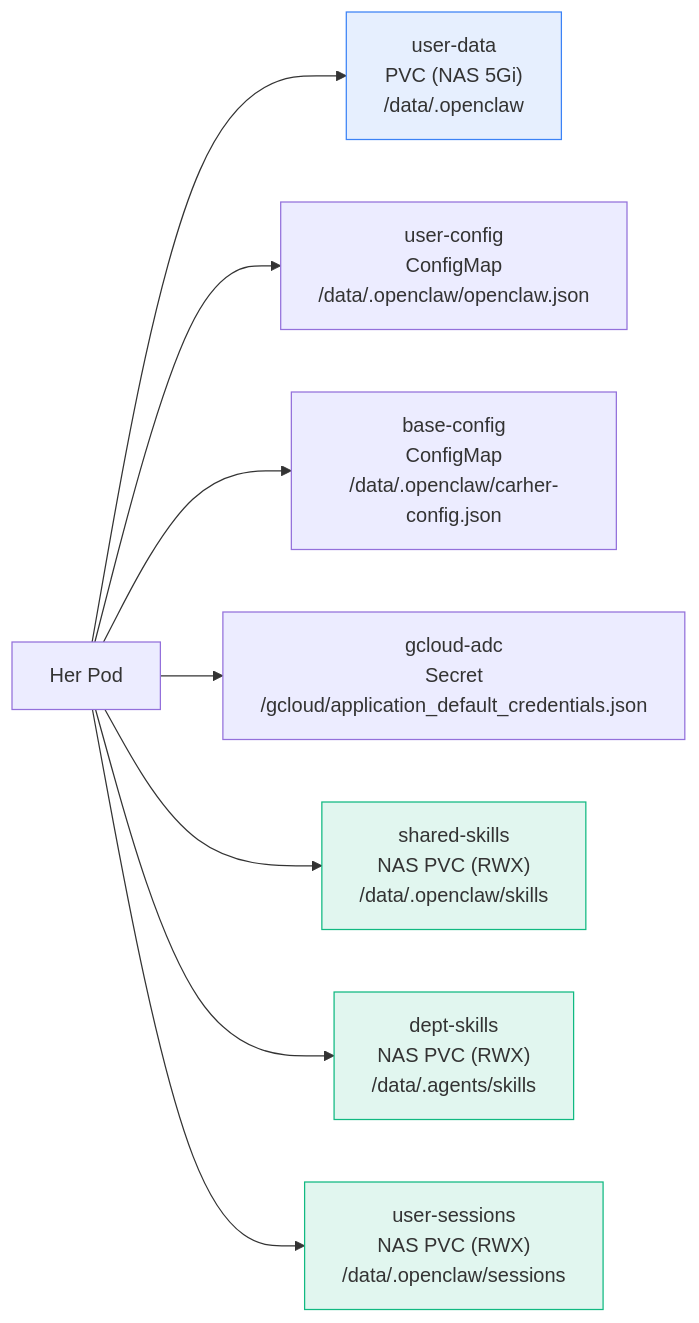
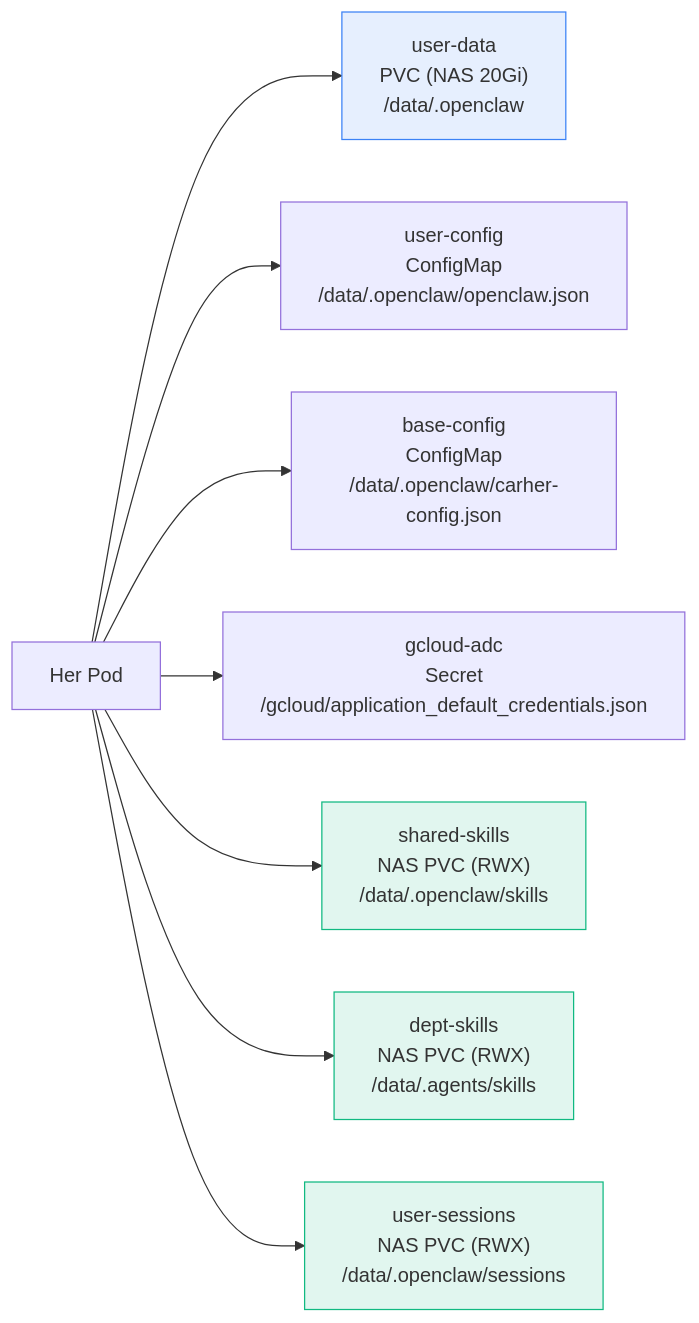
The fourth of 8 diagrams in operator-go/README.md (guangzhou/carher-admin), drawn with Mermaid before and after one commit. The commit also changed 4 other files, not shown here.

````diff
--- a/operator-go/README.md
+++ b/operator-go/README.md
@@ -132,17 +132,17 @@
 ```mermaid
 graph LR
     Pod["Her Pod"]
 
-    Pod --> V1["user-data<br/>PVC (NAS 5Gi)<br/>/data/.openclaw"]
+    Pod --> V1["user-data<br/>PVC (NAS 20Gi)<br/>/data/.openclaw"]
     Pod --> V2["user-config<br/>ConfigMap<br/>/data/.openclaw/openclaw.json"]
     Pod --> V3["base-config<br/>ConfigMap<br/>/data/.openclaw/carher-config.json"]
     Pod --> V4["gcloud-adc<br/>Secret<br/>/gcloud/application_default_credentials.json"]
     Pod --> V5["shared-skills<br/>NAS PVC (RWX)<br/>/data/.openclaw/skills"]
     Pod --> V6["dept-skills<br/>NAS PVC (RWX)<br/>/data/.agents/skills"]
     Pod --> V7["user-sessions<br/>NAS PVC (RWX)<br/>/data/.openclaw/sessions"]
 
     style V1 fill:#3b82f620,stroke:#3b82f6
     style V5 fill:#10b98120,stroke:#10b981
     style V6 fill:#10b98120,stroke:#10b981
     style V7 fill:#10b98120,stroke:#10b981
 ```
````
